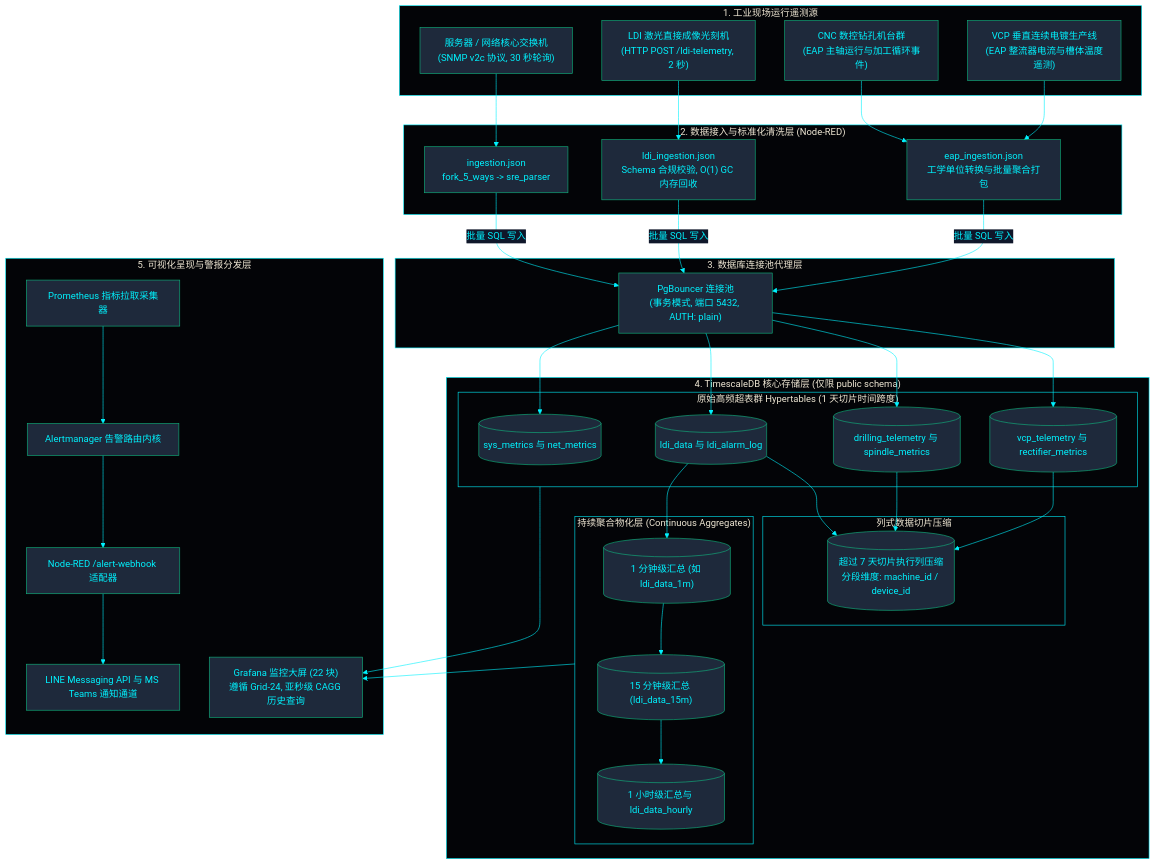
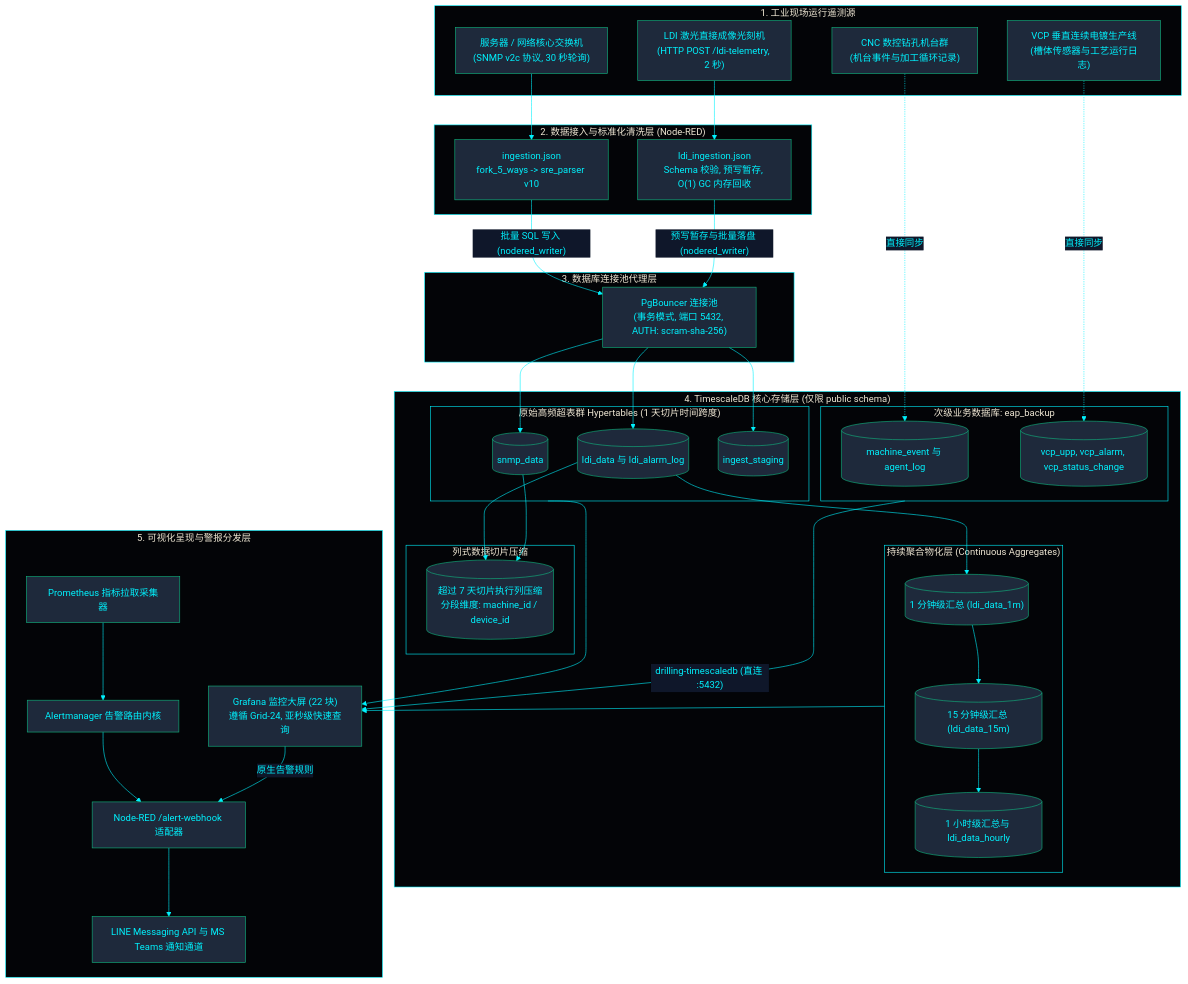
One commit to PATTANAKORN025/IMS changed the first of 3 diagrams in zh-CN/docs/architecture/DATA_FLOW.md. Above: the diagram before and after it, drawn with Mermaid. The commit also changed 36 other files, not shown here.

First line of the commit message:
fix(docs): reconcile 115 mermaid diagrams with architecture across 3 languages

````diff
--- a/zh-CN/docs/architecture/DATA_FLOW.md
+++ b/zh-CN/docs/architecture/DATA_FLOW.md
@@ -28,78 +28,69 @@
 ```mermaid
 %%{init: {'theme': 'base', 'themeVariables': { 'primaryColor': '#1e293b', 'primaryTextColor': '#00F2FE', 'primaryBorderColor': '#10B981', 'lineColor': '#00F2FE', 'secondaryColor': '#0f172a', 'tertiaryColor': '#0f172a', 'clusterBkg': '#030407', 'clusterBorder': '#00F2FE'}}}%%
 flowchart TB
   subgraph SOURCES["1. 工业现场运行遥测源"]
-    SNMP_DEV["服务器 / 网络核心交换机
-(SNMP v2c 协议, 30 秒轮询)"]
-    LDI_DEV["LDI 激光直接成像光刻机
-(HTTP POST /ldi-telemetry, 2 秒)"]
-    DRL_DEV["CNC 数控钻孔机台群
-(EAP 主轴运行与加工循环事件)"]
-    VCP_DEV["VCP 垂直连续电镀生产线
-(EAP 整流器电流与槽体温度遥测)"]
+    SNMP_DEV["服务器 / 网络核心交换机\n(SNMP v2c 协议, 30 秒轮询)"]
+    LDI_DEV["LDI 激光直接成像光刻机\n(HTTP POST /ldi-telemetry, 2 秒)"]
+    DRL_DEV["CNC 数控钻孔机台群\n(机台事件与加工循环记录)"]
+    VCP_DEV["VCP 垂直连续电镀生产线\n(槽体传感器与工艺运行日志)"]
   end
 
   subgraph INGESTION["2. 数据接入与标准化清洗层 (Node-RED)"]
-    NR_INFRA["ingestion.json
-fork_5_ways -> sre_parser"]
-    NR_LDI["ldi_ingestion.json
-Schema 合规校验, O(1) GC 内存回收"]
-    NR_EAP["eap_ingestion.json
-工学单位转换与批量聚合打包"]
+    NR_INFRA["ingestion.json\nfork_5_ways -> sre_parser v10"]
+    NR_LDI["ldi_ingestion.json\nSchema 校验, 预写暂存, O(1) GC 内存回收"]
   end
 
   subgraph POOL["3. 数据库连接池代理层"]
-    PGB["PgBouncer 连接池
-(事务模式, 端口 5432, AUTH: plain)"]
+    PGB["PgBouncer 连接池\n(事务模式, 端口 5432, AUTH: scram-sha-256)"]
   end
 
   subgraph STORAGE["4. TimescaleDB 核心存储层 (仅限 public schema)"]
     subgraph HYPER["原始高频超表群 Hypertables (1 天切片时间跨度)"]
-      HT_SYS[("sys_metrics 与 net_metrics")]
+      HT_SYS[("snmp_data")]
       HT_LDI[("ldi_data 与 ldi_alarm_log")]
-      HT_DRL[("drilling_telemetry 与 spindle_metrics")]
-      HT_VCP[("vcp_telemetry 与 rectifier_metrics")]
+      HT_STG[("ingest_staging")]
+    end
+    subgraph EAP_DB["次级业务数据库: eap_backup"]
+      EAP_DRL[("machine_event 与 agent_log")]
+      EAP_VCP[("vcp_upp, vcp_alarm, vcp_status_change")]
     end
     subgraph CAGGS["持续聚合物化层 (Continuous Aggregates)"]
-      CAGG_1M[("1 分钟级汇总 (如 ldi_data_1m)")]
+      CAGG_1M[("1 分钟级汇总 (ldi_data_1m)")]
       CAGG_15M[("15 分钟级汇总 (ldi_data_15m)")]
       CAGG_1H[("1 小时级汇总与 ldi_data_hourly")]
     end
     subgraph COMPRESS["列式数据切片压缩"]
-      COL[("超过 7 天切片执行列压缩
-分段维度: machine_id / device_id")]
+      COL[("超过 7 天切片执行列压缩\n分段维度: machine_id / device_id")]
     end
   end
 
   subgraph DISPATCH["5. 可视化呈现与警报分发层"]
-    GRAF["Grafana 监控大屏 (22 块)
-遵循 Grid-24, 亚秒级 CAGG 历史查询"]
+    GRAF["Grafana 监控大屏 (22 块)\n遵循 Grid-24, 亚秒级快速查询"]
     PROM["Prometheus 指标拉取采集器"]
     AM["Alertmanager 告警路由内核"]
     WH["Node-RED /alert-webhook 适配器"]
     NOTIF["LINE Messaging API 与 MS Teams 通知通道"]
   end
 
   SNMP_DEV --> NR_INFRA
   LDI_DEV --> NR_LDI
-  DRL_DEV --> NR_EAP
-  VCP_DEV --> NR_EAP
+  DRL_DEV -.->|"直接同步"| EAP_DRL
+  VCP_DEV -.->|"直接同步"| EAP_VCP
 
-  NR_INFRA -->|批量 SQL 写入| PGB
-  NR_LDI -->|批量 SQL 写入| PGB
-  NR_EAP -->|批量 SQL 写入| PGB
+  NR_INFRA -->|"批量 SQL 写入 (nodered_writer)"| PGB
+  NR_LDI -->|"预写暂存与批量落盘 (nodered_writer)"| PGB
 
   PGB --> HT_SYS
   PGB --> HT_LDI
-  PGB --> HT_DRL
-  PGB --> HT_VCP
+  PGB --> HT_STG
 
   HT_LDI --> CAGG_1M --> CAGG_15M --> CAGG_1H
   HT_LDI --> COL
-  HT_DRL --> COL
-  HT_VCP --> COL
+  HT_SYS --> COL
 
   CAGGS --> GRAF
   HYPER --> GRAF
+  EAP_DB -->|"drilling-timescaledb (直连 :5432)"| GRAF
   PROM --> AM --> WH --> NOTIF
+  GRAF -->|"原生告警规则"| WH
 ```
````
